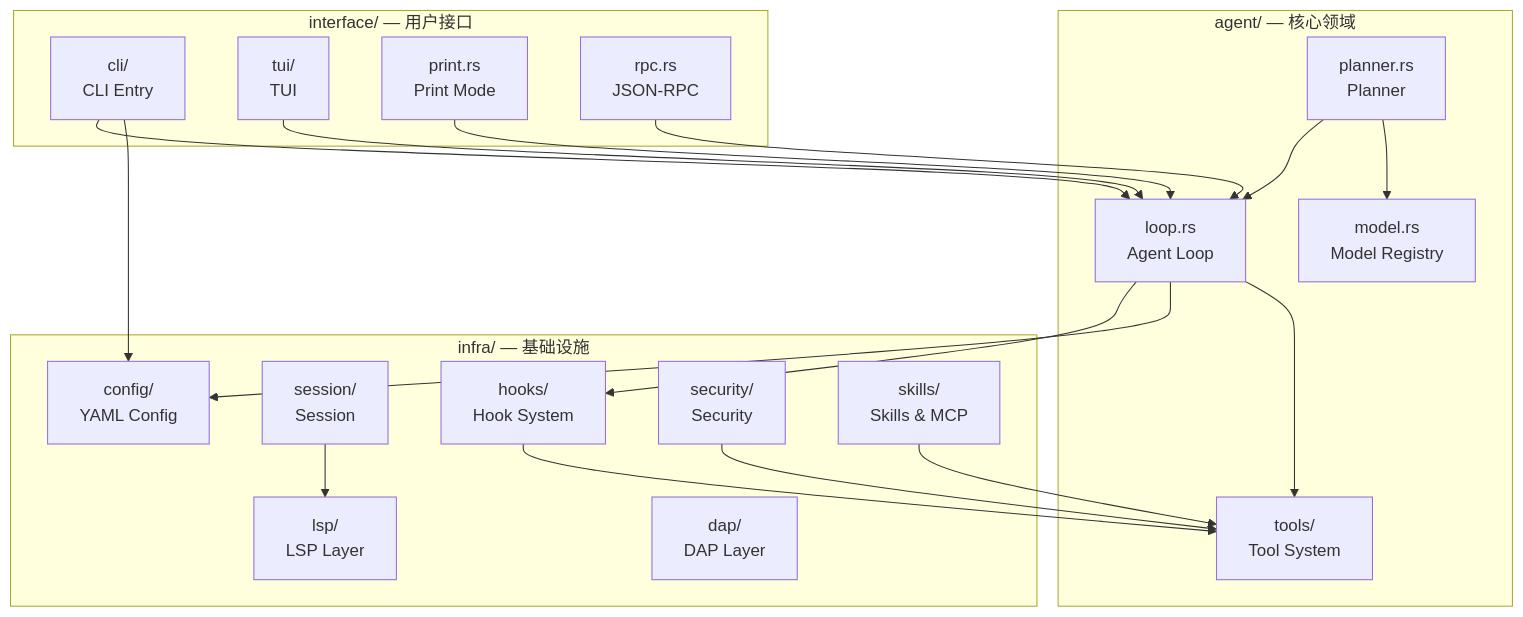
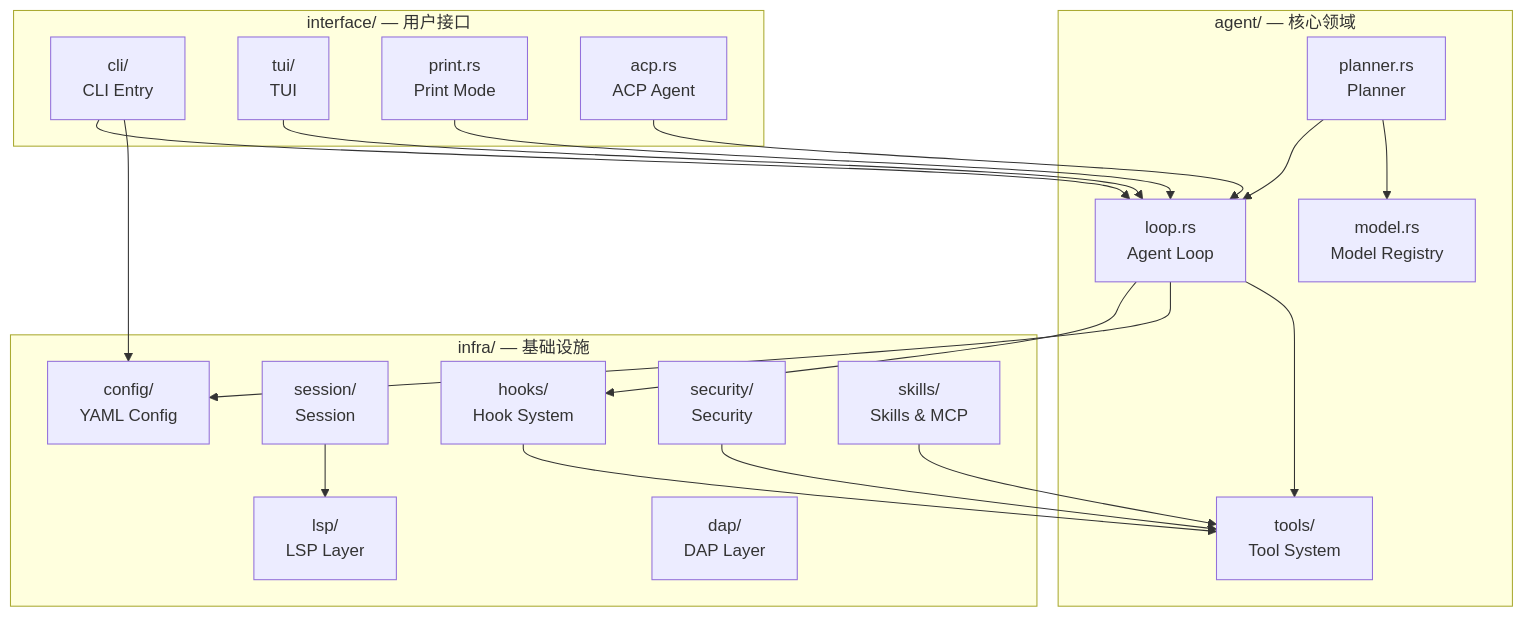
Before and after one commit to StrayDragon/xylitol: the first of 2 diagrams in llmanspec/changes/c05-init-skeleton/design.md, drawn with Mermaid. The commit also changed other lines of this file and 20 other files, not shown here.

````diff
--- a/llmanspec/changes/c05-init-skeleton/design.md
+++ b/llmanspec/changes/c05-init-skeleton/design.md
@@ -41,41 +41,41 @@
 ```mermaid
 graph TB
     subgraph "agent/ — 核心领域"
         LOOP[loop.rs<br/>Agent Loop]
         PLAN[planner.rs<br/>Planner]
         MODEL[model.rs<br/>Model Registry]
         TOOLS[tools/<br/>Tool System]
     end
 
     subgraph "infra/ — 基础设施"
         CFG[config/<br/>YAML Config]
         LSP[lsp/<br/>LSP Layer]
         DAP[dap/<br/>DAP Layer]
         SES[session/<br/>Session]
         HOOK[hooks/<br/>Hook System]
         SEC[security/<br/>Security]
         SKI[skills/<br/>Skills & MCP]
     end
 
     subgraph "interface/ — 用户接口"
         CLI[cli/<br/>CLI Entry]
         TUI[tui/<br/>TUI]
         PRINT[print.rs<br/>Print Mode]
-        RPC[rpc.rs<br/>JSON-RPC]
+        ACP[acp.rs<br/>ACP Agent]
     end
 
     LOOP --> TOOLS
     LOOP --> CFG
     LOOP --> HOOK
     PLAN --> MODEL
     PLAN --> LOOP
     CLI --> CFG
     CLI --> LOOP
     PRINT --> LOOP
     TUI --> LOOP
-    RPC --> LOOP
+    ACP --> LOOP
     SEC --> TOOLS
     HOOK --> TOOLS
     SKI --> TOOLS
     SES --> LSP
 ```
````
